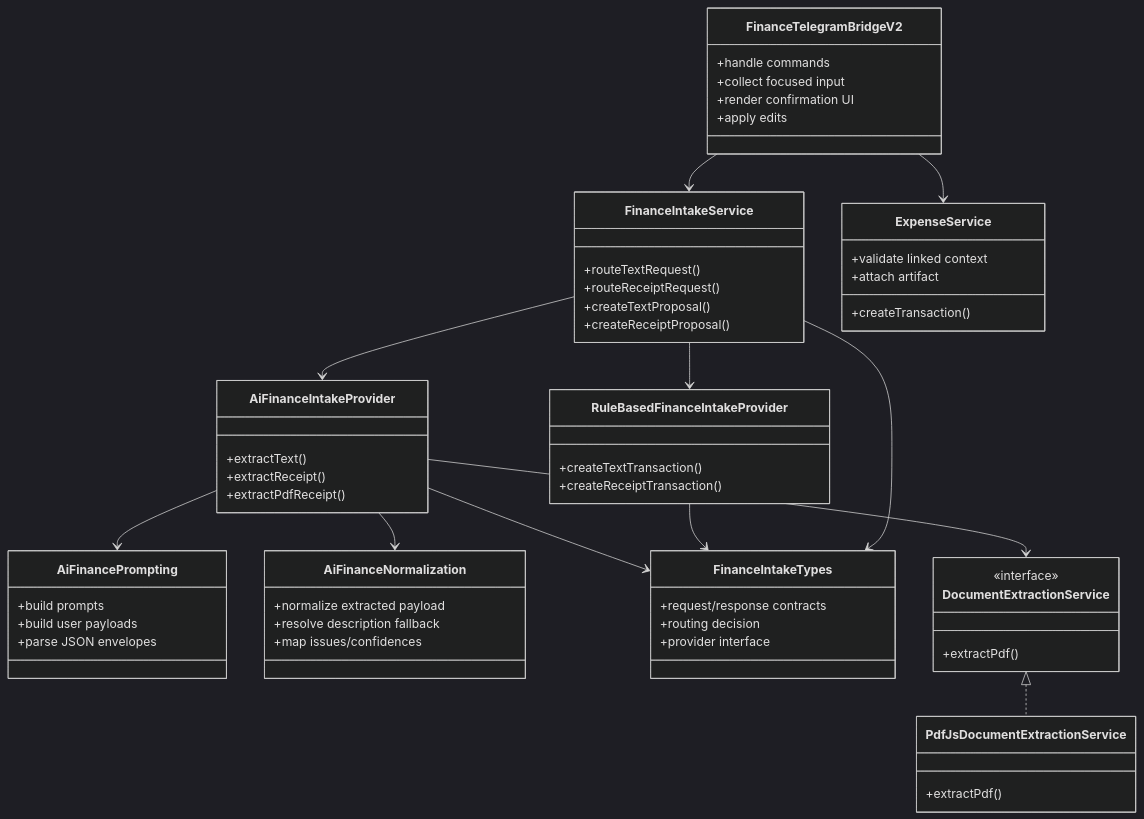
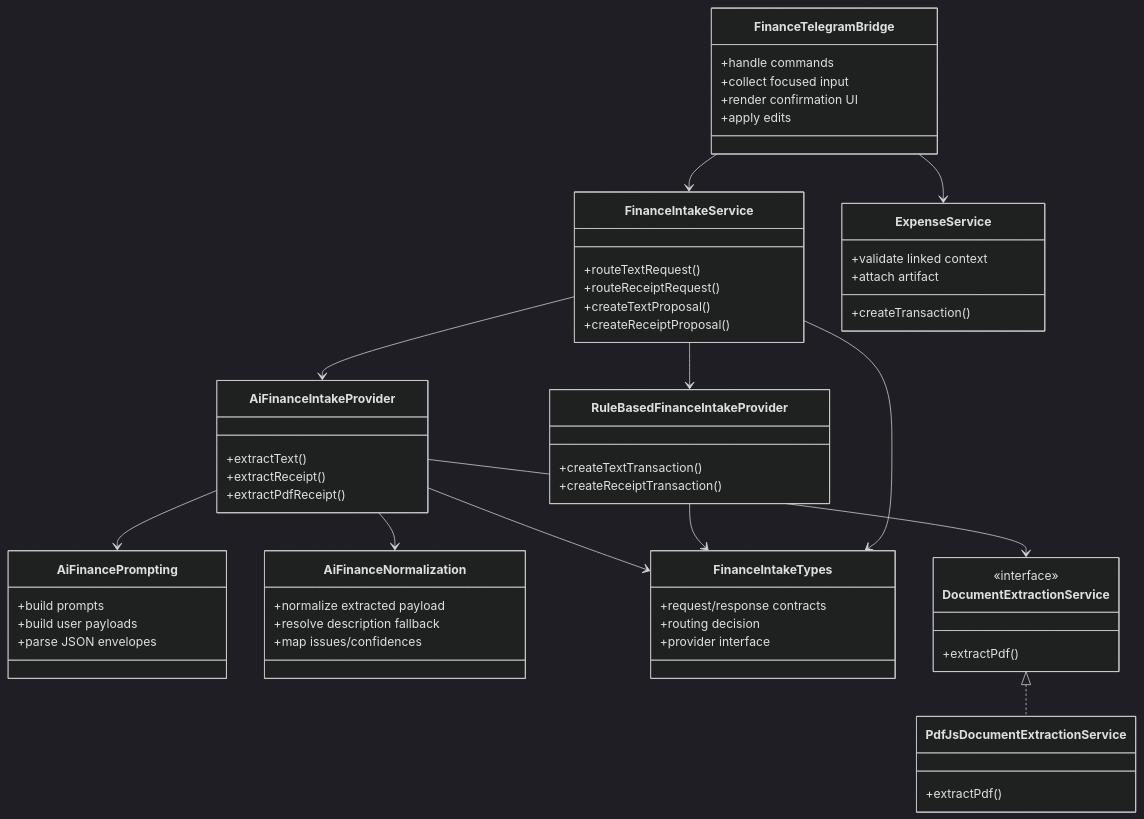
One commit to Xoanis/obsidian-expense-manager changed the second of 6 diagrams in docs/service-architecture.md. Above: the diagram before and after it, drawn with Mermaid (dark theme). The commit also changed other lines of this file and 8 other files, not shown here.

````diff
--- a/docs/service-architecture.md
+++ b/docs/service-architecture.md
@@ -31,72 +31,72 @@
 ```mermaid
 classDiagram
-    class FinanceTelegramBridgeV2 {
+class FinanceTelegramBridge {
       +handle commands
       +collect focused input
       +render confirmation UI
       +apply edits
     }
 
     class FinanceIntakeService {
       +routeTextRequest()
       +routeReceiptRequest()
       +createTextProposal()
       +createReceiptProposal()
     }
 
     class RuleBasedFinanceIntakeProvider {
       +createTextTransaction()
       +createReceiptTransaction()
     }
 
     class AiFinanceIntakeProvider {
       +extractText()
       +extractReceipt()
       +extractPdfReceipt()
     }
 
     class AiFinancePrompting {
       +build prompts
       +build user payloads
       +parse JSON envelopes
     }
 
     class AiFinanceNormalization {
       +normalize extracted payload
       +resolve description fallback
       +map issues/confidences
     }
 
     class FinanceIntakeTypes {
       +request/response contracts
       +routing decision
       +provider interface
     }
 
     class DocumentExtractionService {
       <<interface>>
       +extractPdf()
     }
 
     class PdfJsDocumentExtractionService {
       +extractPdf()
     }
 
     class ExpenseService {
       +createTransaction()
       +validate linked context
       +attach artifact
     }
 
-    FinanceTelegramBridgeV2 --> FinanceIntakeService
-    FinanceTelegramBridgeV2 --> ExpenseService
+FinanceTelegramBridge --> FinanceIntakeService
+FinanceTelegramBridge --> ExpenseService
     FinanceIntakeService --> RuleBasedFinanceIntakeProvider
     FinanceIntakeService --> AiFinanceIntakeProvider
     FinanceIntakeService --> FinanceIntakeTypes
     AiFinanceIntakeProvider --> DocumentExtractionService
     AiFinanceIntakeProvider --> AiFinancePrompting
     AiFinanceIntakeProvider --> AiFinanceNormalization
     RuleBasedFinanceIntakeProvider --> FinanceIntakeTypes
     AiFinanceIntakeProvider --> FinanceIntakeTypes
     DocumentExtractionService <|.. PdfJsDocumentExtractionService
 ```
````
